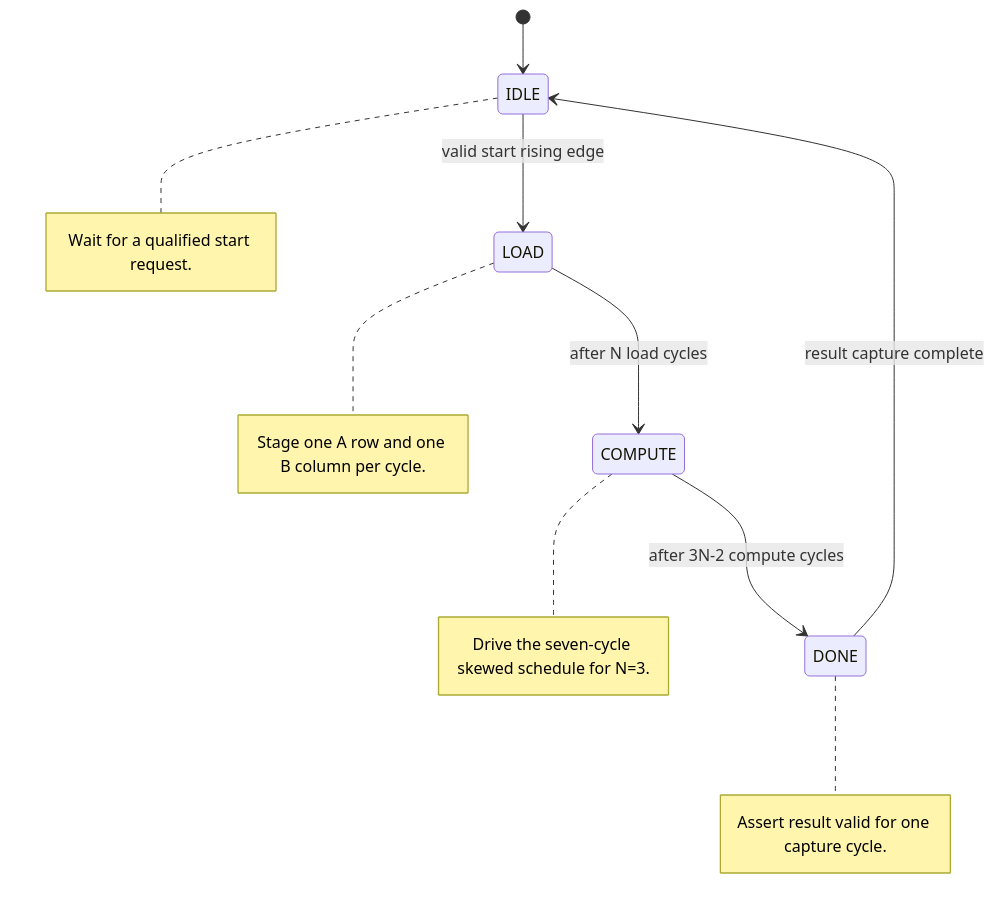
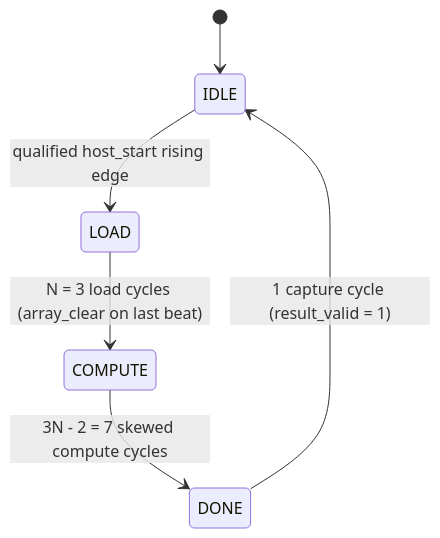
Before and after one commit to alpha-sml/Systolic-Array-Accelerator: the second of 2 diagrams in README.md, drawn with Mermaid. The commit also changed other lines of this file and 67 other files, not shown here.

````diff
--- a/README.md
+++ b/README.md
@@ -86,21 +64,8 @@
 ```mermaid
 stateDiagram-v2
     [*] --> IDLE
-    IDLE --> LOAD: valid start rising edge
-    LOAD --> COMPUTE: after N load cycles
-    COMPUTE --> DONE: after 3N-2 compute cycles
-    DONE --> IDLE: result capture complete
-
-    note right of IDLE
-        Wait for a qualified start request.
-    end note
-    note right of LOAD
-        Stage one A row and one B column per cycle.
-    end note
-    note right of COMPUTE
-        Drive the seven-cycle skewed schedule for N=3.
-    end note
-    note right of DONE
-        Assert result valid for one capture cycle.
-    end note
+    IDLE --> LOAD: qualified host_start rising edge
+    LOAD --> COMPUTE: N = 3 load cycles (array_clear on last beat)
+    COMPUTE --> DONE: 3N - 2 = 7 skewed compute cycles
+    DONE --> IDLE: 1 capture cycle (result_valid = 1)
 ```
````
